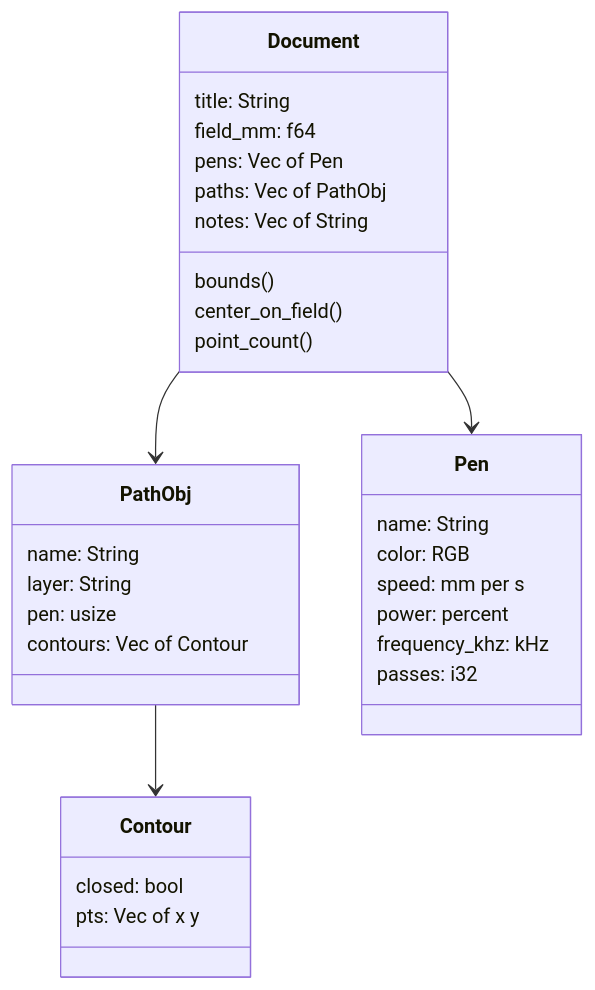
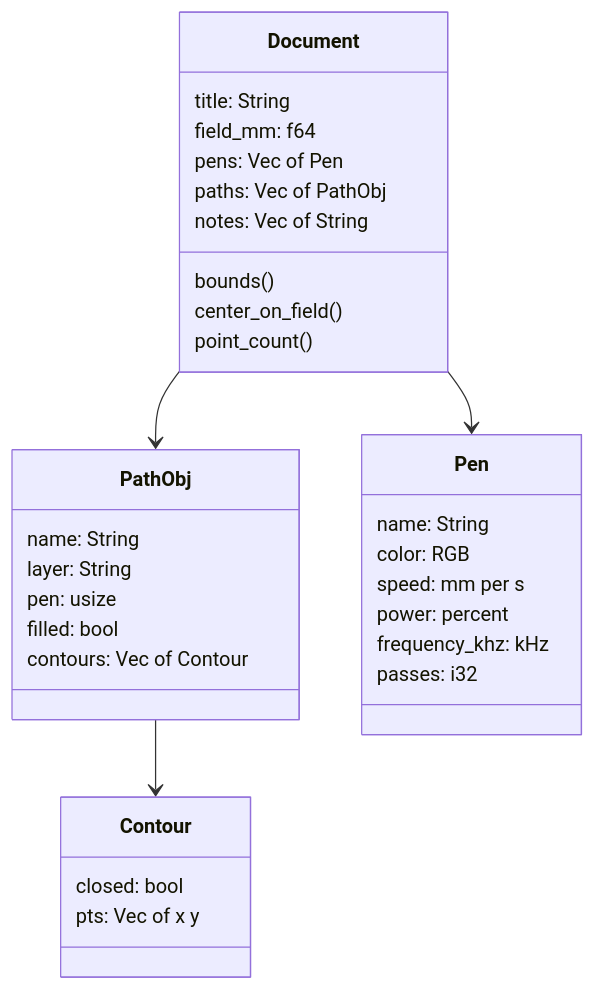
Before and after one commit to byellokore/ezd-studio: the second of 3 diagrams in docs/architecture.md, drawn with Mermaid. The commit also changed other lines of this file and 6 other files, not shown here.

````diff
--- a/docs/architecture.md
+++ b/docs/architecture.md
@@ -48,34 +48,35 @@
 ```mermaid
 classDiagram
     class Document {
         title: String
         field_mm: f64
         pens: Vec of Pen
         paths: Vec of PathObj
         notes: Vec of String
         bounds()
         center_on_field()
         point_count()
     }
     class PathObj {
         name: String
         layer: String
         pen: usize
+        filled: bool
         contours: Vec of Contour
     }
     class Contour {
         closed: bool
         pts: Vec of x y
     }
     class Pen {
         name: String
         color: RGB
         speed: mm per s
         power: percent
         frequency_khz: kHz
         passes: i32
     }
     Document --> PathObj
     Document --> Pen
     PathObj --> Contour
 ```
````
